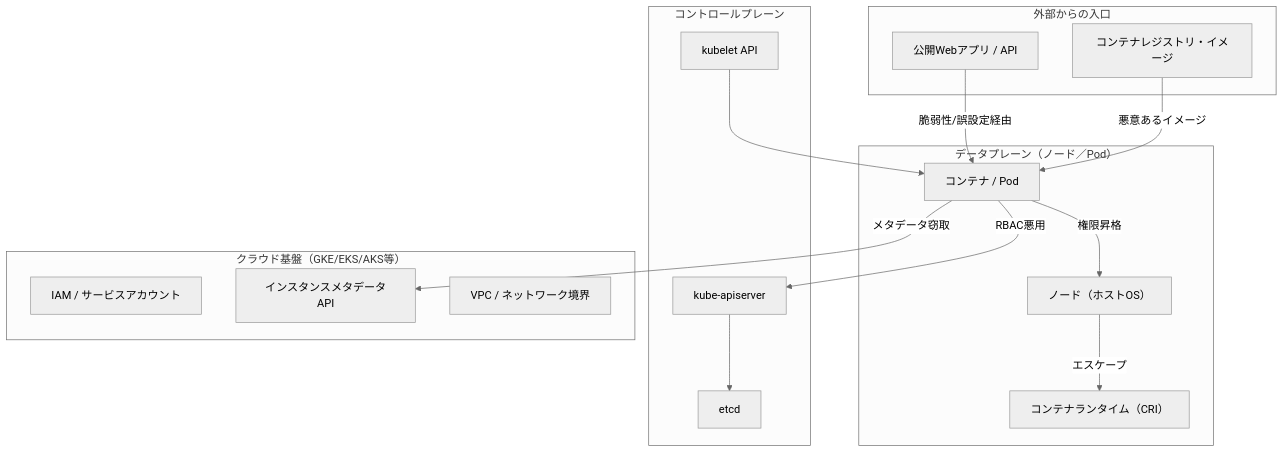
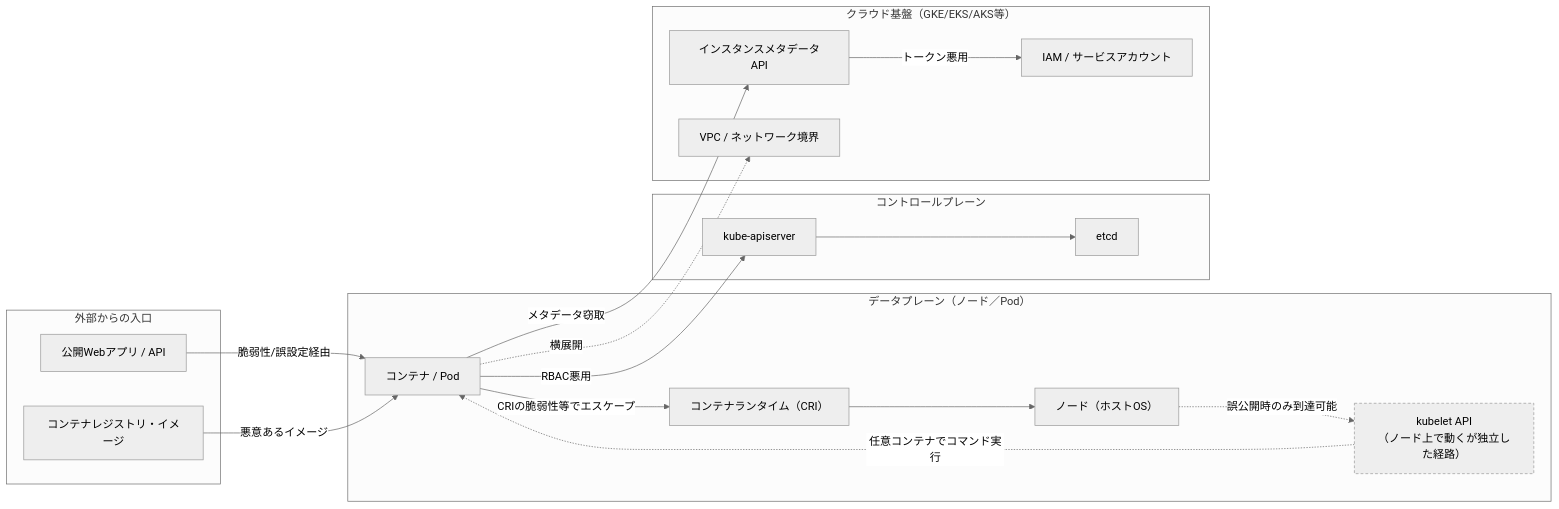
Before and after one commit to keitahigaki-prog/zenn-falco-series: the first of 3 diagrams in books/k8s-attack-runtime-security/chapter01-attacker-view-of-k8s.md, drawn with Mermaid (neutral theme). The commit also changed other lines of this file, not shown here.

Commit message:
第1章の攻撃対象領域の図を修正・レイアウト見直し
- kubelet APIをControlPlaneからDataPlane内へ移動し、点線で
  「ノード上で動くが独立した経路」として視覚的に区別
- Container Escapeの矢印を Node->CRI から Pod->CRI->Node に修正
  （攻撃の実際の進行方向に合わせる）
- MetaAPI->IAMのエッジを追加し、トークン窃取からIAM悪用への
  繋がりを明示。宙に浮いていたVPCもPodからの横展開として接続
- flowchartをTDからLRに変更し、外部侵入→データプレーン→
  コントロールプレーン/クラウドという左右の進行で読めるように

````diff
--- a/books/k8s-attack-runtime-security/chapter01-attacker-view-of-k8s.md
+++ b/books/k8s-attack-runtime-security/chapter01-attacker-view-of-k8s.md
@@ -56,34 +56,40 @@
 ```mermaid
-flowchart TD
+flowchart LR
     subgraph External["外部からの入口"]
         App["公開Webアプリ / API"]
         Reg["コンテナレジストリ・イメージ"]
     end
 
+    subgraph DataPlane["データプレーン（ノード／Pod）"]
+        Pod["コンテナ / Pod"]
+        CRI["コンテナランタイム（CRI）"]
+        Node["ノード（ホストOS）"]
+        Kubelet["kubelet API<br/>（ノード上で動くが独立した経路）"]
+    end
+
     subgraph ControlPlane["コントロールプレーン"]
         API["kube-apiserver"]
         ETCD["etcd"]
-        Kubelet["kubelet API"]
-    end
-
-    subgraph DataPlane["データプレーン（ノード／Pod）"]
-        Pod["コンテナ / Pod"]
-        Node["ノード（ホストOS）"]
-        CRI["コンテナランタイム（CRI）"]
     end
 
     subgraph CloudLayer["クラウド基盤（GKE/EKS/AKS等）"]
+        MetaAPI["インスタンスメタデータAPI"]
         IAM["IAM / サービスアカウント"]
-        MetaAPI["インスタンスメタデータAPI"]
         VPC["VPC / ネットワーク境界"]
     end
 
     App -->|脆弱性/誤設定経由| Pod
     Reg -->|悪意あるイメージ| Pod
-    Pod -->|権限昇格| Node
+    Pod -->|CRIの脆弱性等でエスケープ| CRI
+    CRI --> Node
+    Node -.->|誤公開時のみ到達可能| Kubelet
+    Kubelet -.->|任意コンテナでコマンド実行| Pod
     Pod -->|RBAC悪用| API
-    Node -->|エスケープ| CRI
+    API --> ETCD
     Pod -->|メタデータ窃取| MetaAPI
-    API --> ETCD
-    Kubelet --> Pod
+    MetaAPI -->|トークン悪用| IAM
+    Pod -.->|横展開| VPC
+
+    classDef sidePath stroke-dasharray: 4 3
+    class Kubelet sidePath
 ```
````
